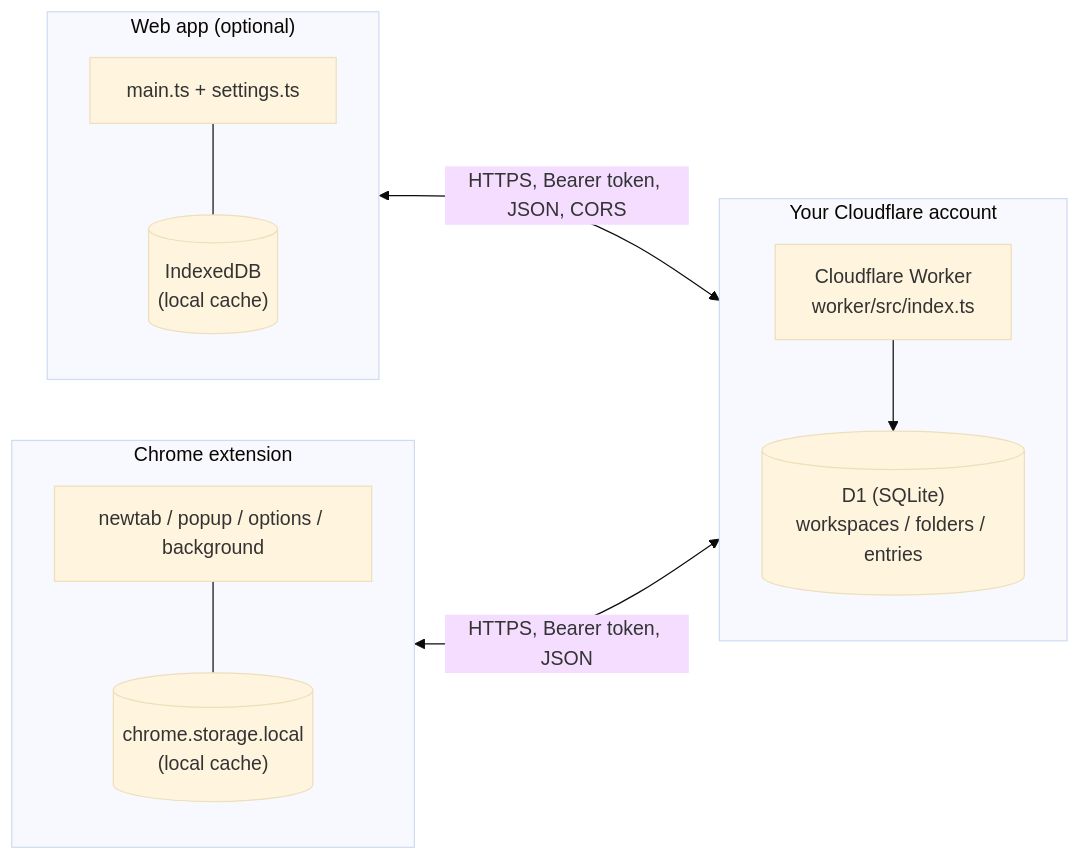
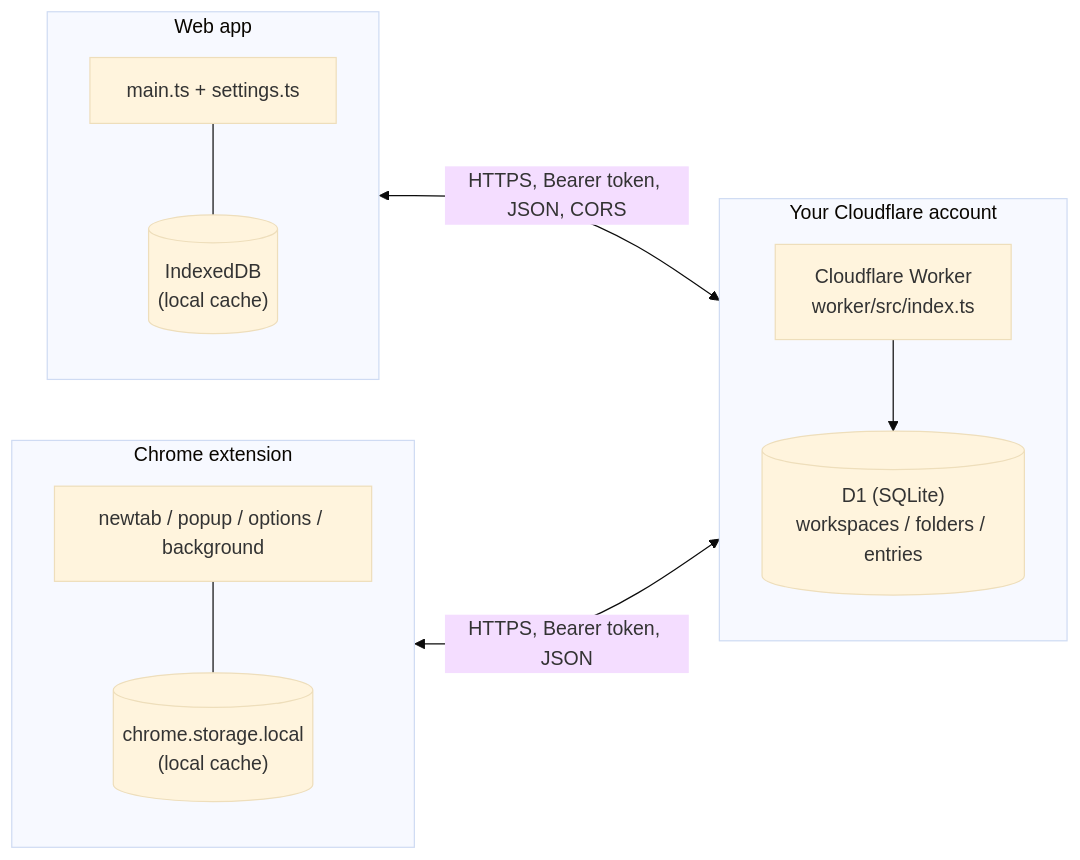
One commit to daturkel/shelve changed the diagram in ARCHITECTURE.md. Above: the diagram before and after it, drawn with Mermaid (base theme).

Commit message:
Simplify the system-overview diagram's web app label
Drop "(optional)" from the diagram subgraph title — the surrounding prose
already covers that deploying the web app is optional, so the diagram
label doesn't need to repeat it.

Claude-Session: https://claude.ai/code/session_01Ky17DBQ6YJJqP6Fea9udMM

````diff
--- a/ARCHITECTURE.md
+++ b/ARCHITECTURE.md
@@ -8,26 +8,26 @@
 ```mermaid
 flowchart LR
     subgraph Extension["Chrome extension"]
         direction TB
         UI["newtab / popup / options / background"]
         Cache[("chrome.storage.local<br/>(local cache)")]
         UI --- Cache
     end
 
-    subgraph Web["Web app (optional)"]
+    subgraph Web["Web app"]
         direction TB
         WebUI["main.ts + settings.ts"]
         IDB[("IndexedDB<br/>(local cache)")]
         WebUI --- IDB
     end
 
     subgraph Backend["Your Cloudflare account"]
         direction TB
         Worker["Cloudflare Worker<br/>worker/src/index.ts"]
         D1[("D1 (SQLite)<br/>workspaces / folders / entries")]
         Worker --> D1
     end
 
     UI <-->|"HTTPS, Bearer token, JSON"| Worker
     WebUI <-->|"HTTPS, Bearer token, JSON, CORS"| Worker
 ```
````
